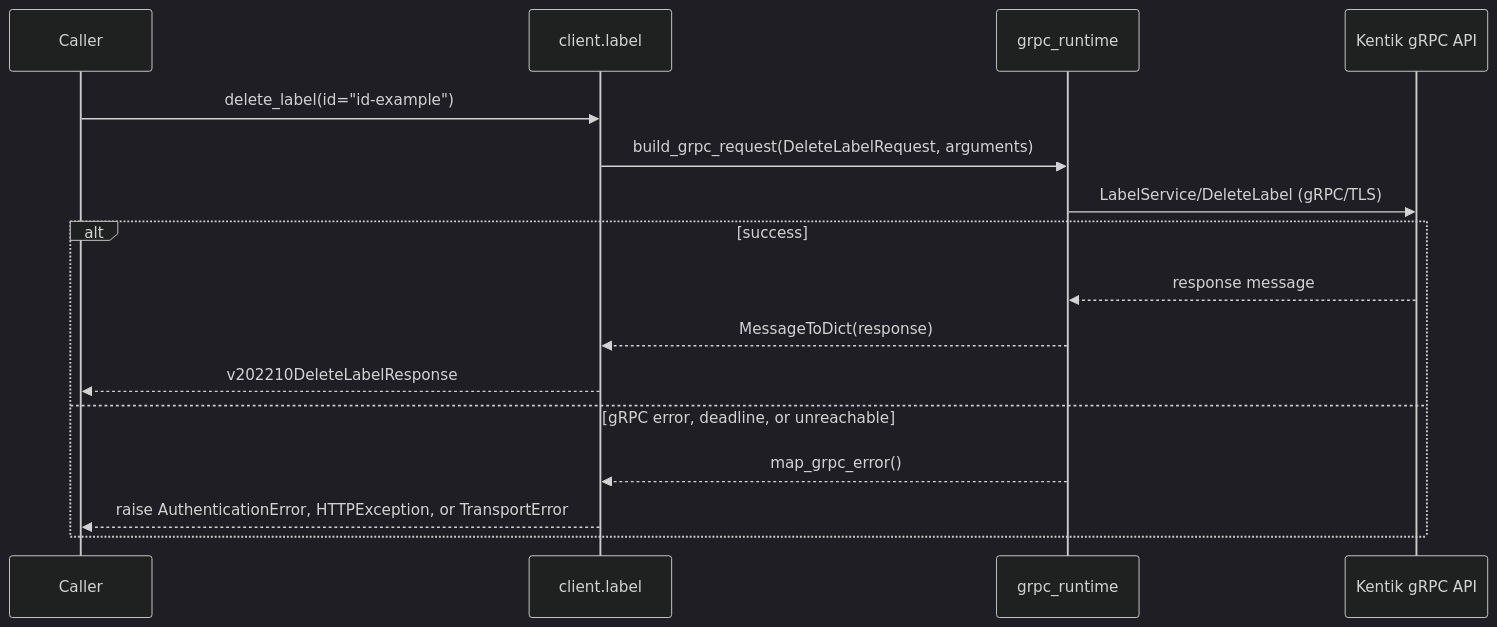
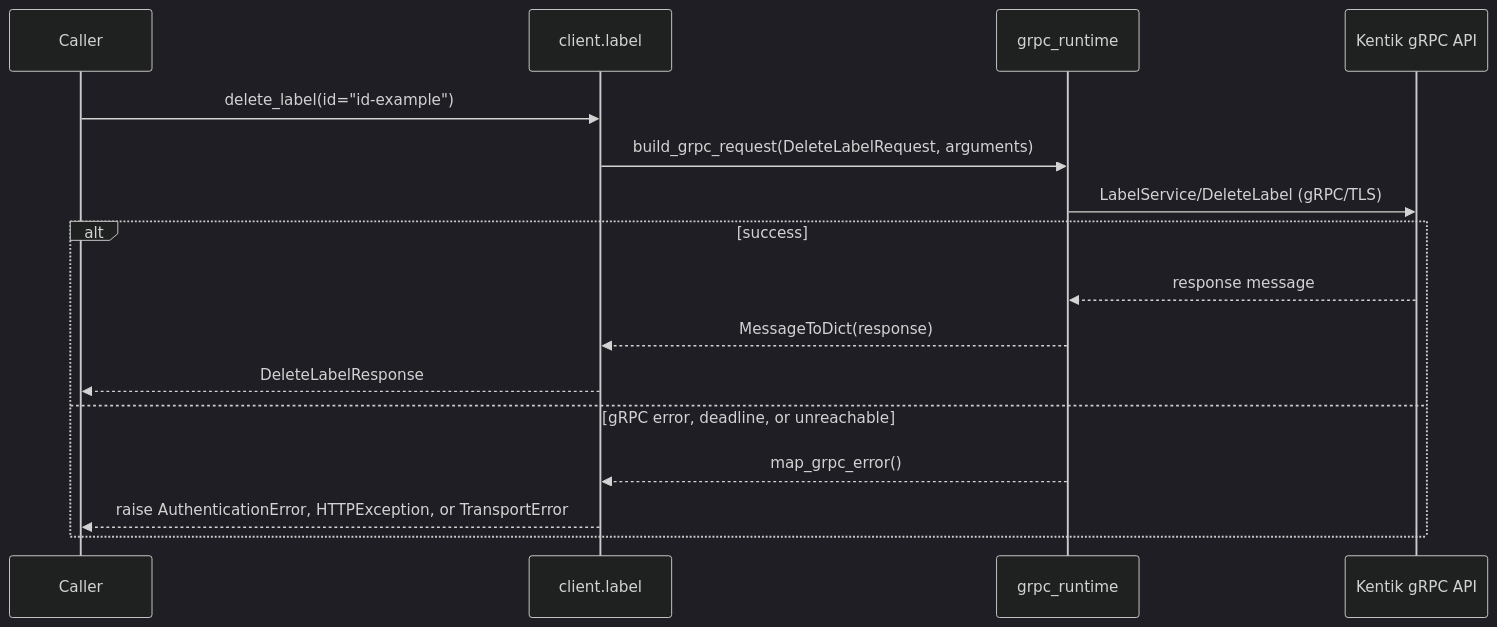
Before and after one commit to alexdearaujo/community_sdk_python: the ninth of 10 diagrams in docs/sphinx/services/label.md, drawn with Mermaid (dark theme). The commit also changed other lines of this file and 38 other files, not shown here.

````diff
--- a/docs/sphinx/services/label.md
+++ b/docs/sphinx/services/label.md
@@ -281,19 +281,19 @@
 ```mermaid
 sequenceDiagram
     participant C as Caller
     participant W as client.label
     participant R as grpc_runtime
     participant API as Kentik gRPC API
 
     C->>W: delete_label(id="id-example")
     W->>R: build_grpc_request(DeleteLabelRequest, arguments)
     R->>API: LabelService/DeleteLabel (gRPC/TLS)
     alt success
         API-->>R: response message
         R-->>W: MessageToDict(response)
-        W-->>C: v202210DeleteLabelResponse
+        W-->>C: DeleteLabelResponse
     else gRPC error, deadline, or unreachable
         R-->>W: map_grpc_error()
         W-->>C: raise AuthenticationError, HTTPException, or TransportError
     end
 ```
````
